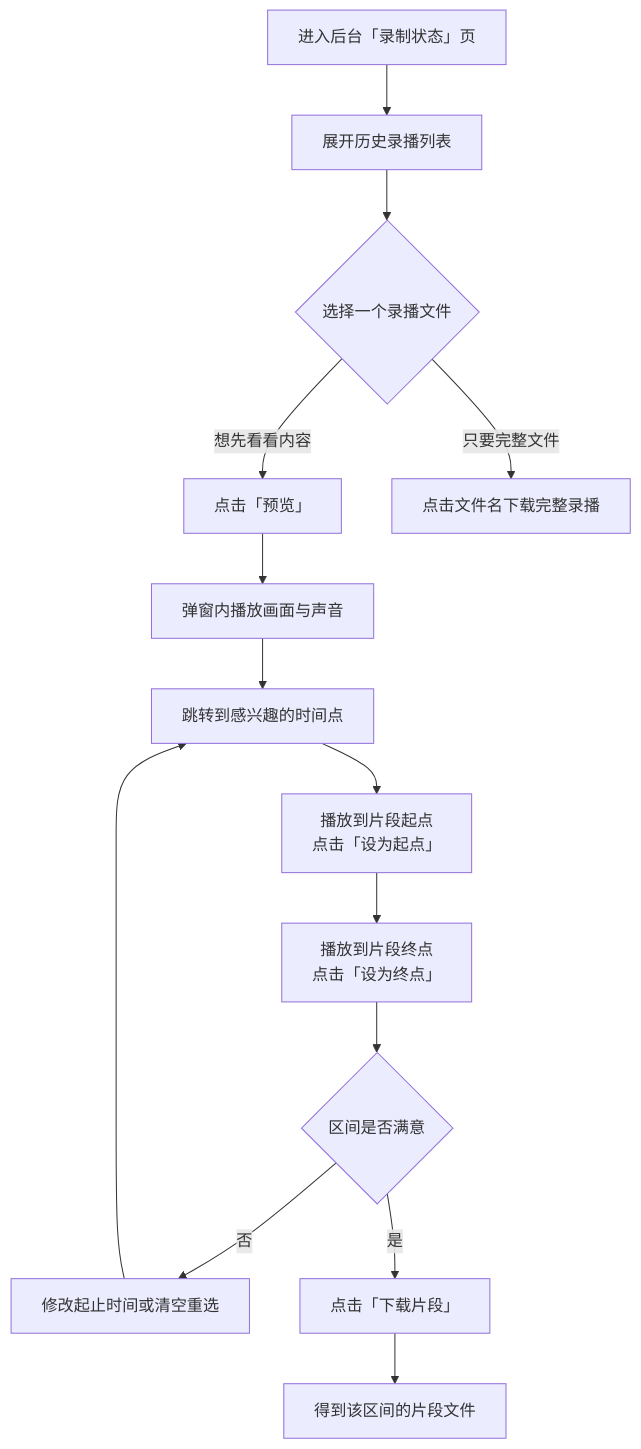
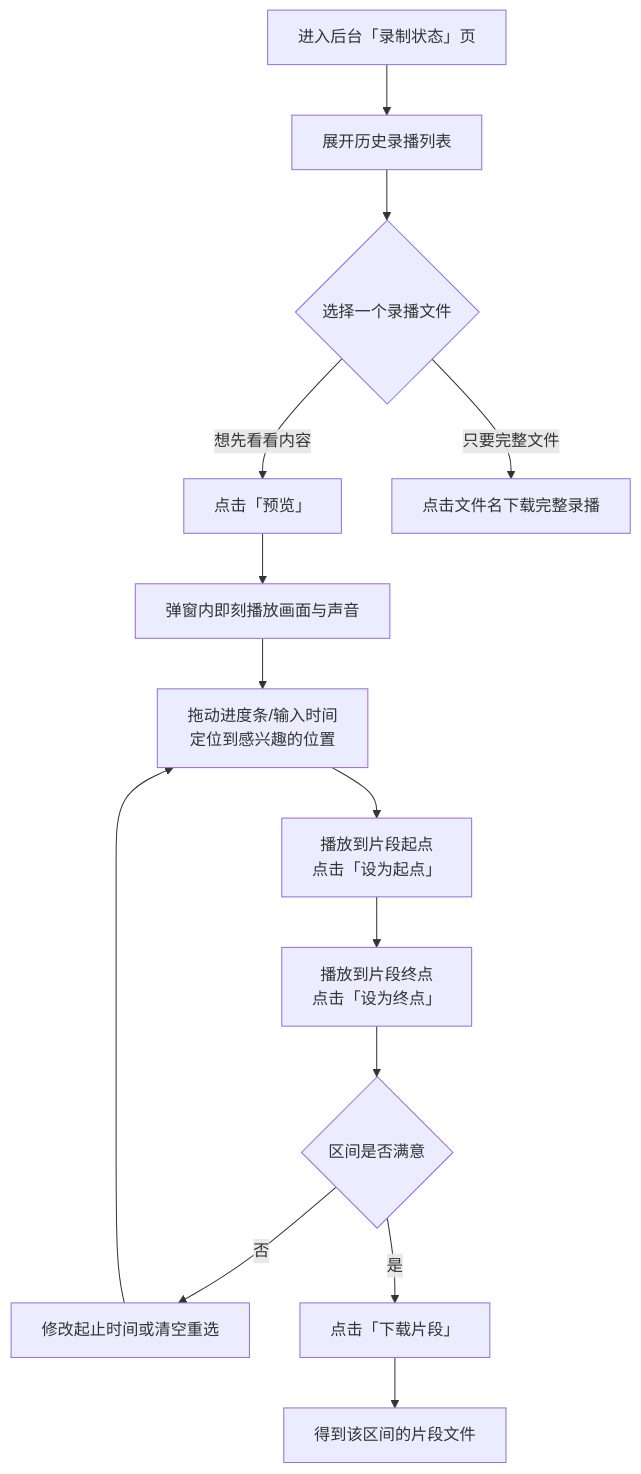
Before and after one commit to Deliay/z-vtuber: the diagram in docs/product/draft/20261021-recording-preview-clip-prd.md, drawn with Mermaid. The commit also changed other lines of this file and 1 other file, not shown here.

````diff
--- a/docs/product/draft/20261021-recording-preview-clip-prd.md
+++ b/docs/product/draft/20261021-recording-preview-clip-prd.md
@@ -94,16 +98,16 @@
 ```mermaid
 flowchart TD
     A[进入后台「录制状态」页] --> B[展开历史录播列表]
     B --> C{选择一个录播文件}
     C -->|想先看看内容| D[点击「预览」]
-    D --> E[弹窗内播放画面与声音]
-    E --> F[跳转到感兴趣的时间点]
+    D --> E[弹窗内即刻播放画面与声音]
+    E --> F[拖动进度条/输入时间<br/>定位到感兴趣的位置]
     F --> G[播放到片段起点<br/>点击「设为起点」]
     G --> H[播放到片段终点<br/>点击「设为终点」]
     H --> I{区间是否满意}
     I -->|否| J[修改起止时间或清空重选]
     J --> F
     I -->|是| K[点击「下载片段」]
     K --> L[得到该区间的片段文件]
     C -->|只要完整文件| M[点击文件名下载完整录播]
 ```
````
